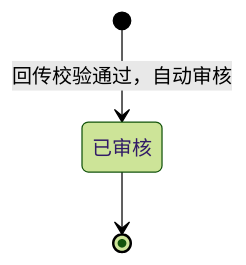
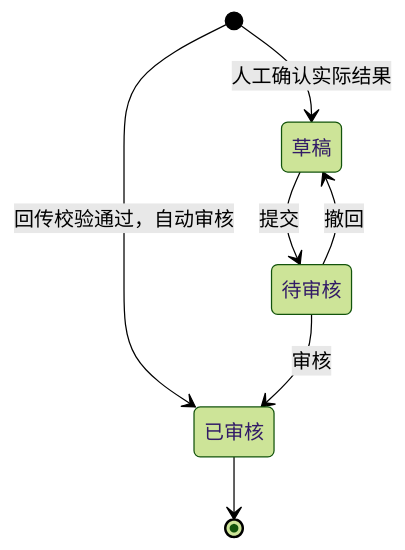
The second of 3 diagrams in 04-产品设计方案/20260812-ERP项目第一版框架搭建/需求文档PRD/2-采购管理/采购入库单/采购入库单主PRD.md (TopVitamin/QS-ERP-Project), drawn with Mermaid (forest theme) before and after one commit. The commit also changed other lines of this file and 101 other files, not shown here.

````diff
--- a/04-产品设计方案/20260812-ERP项目第一版框架搭建/需求文档PRD/2-采购管理/采购入库单/采购入库单主PRD.md
+++ b/04-产品设计方案/20260812-ERP项目第一版框架搭建/需求文档PRD/2-采购管理/采购入库单/采购入库单主PRD.md
@@ -174,5 +182,9 @@
 ```mermaid
 stateDiagram-v2
     [*] --> 已审核: 回传校验通过，自动审核
+    [*] --> 草稿: 人工确认实际结果
+    草稿 --> 待审核: 提交
+    待审核 --> 草稿: 撤回
+    待审核 --> 已审核: 审核
     已审核 --> [*]
 ```
````
